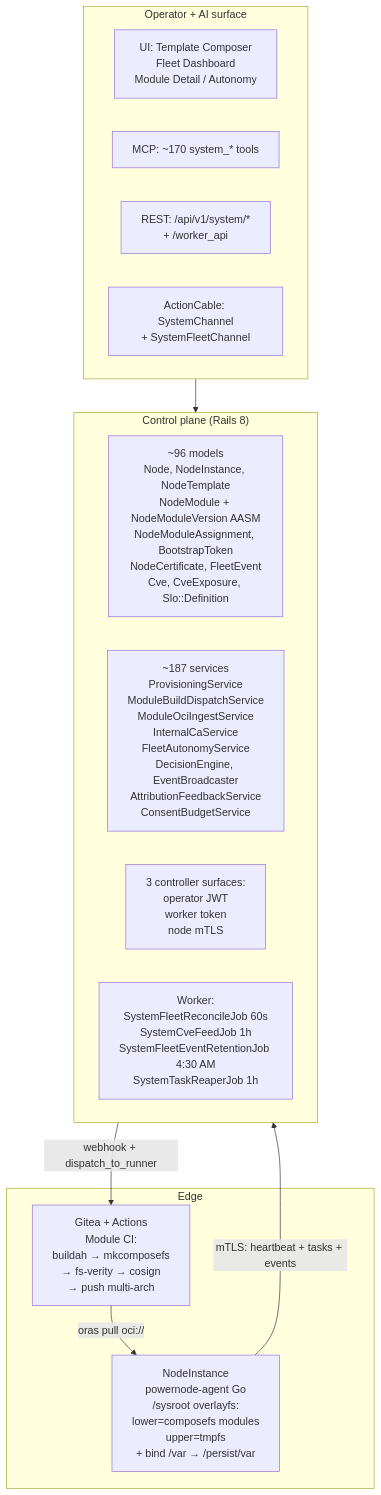
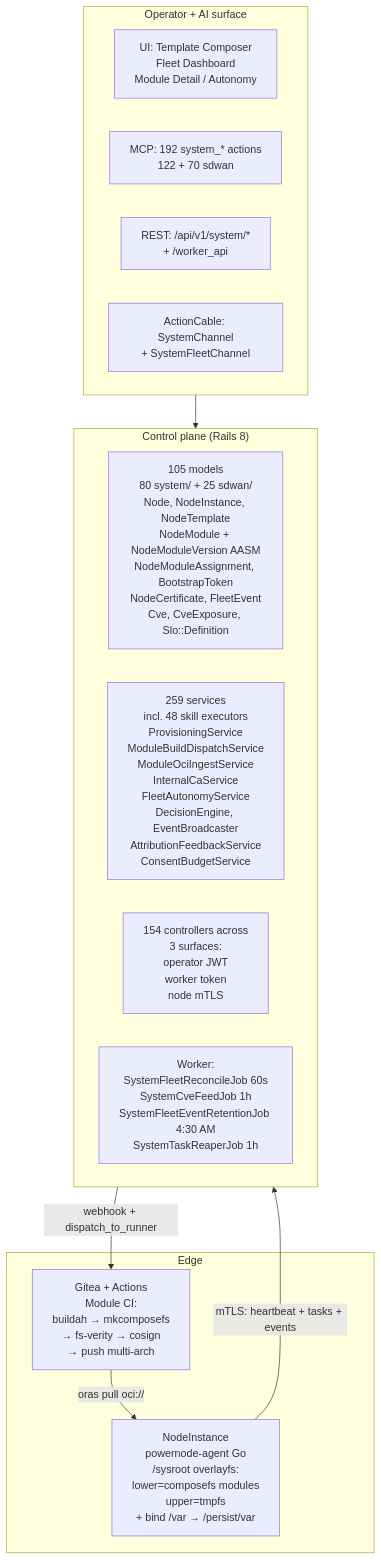
Before and after one commit to nodealchemy/powernode-system: the first of 7 diagrams in docs/ARCHITECTURE.md, drawn with Mermaid. The commit also changed other lines of this file and 63 other files, not shown here.

````diff
--- a/docs/ARCHITECTURE.md
+++ b/docs/ARCHITECTURE.md
@@ -11,26 +24,26 @@
 ```mermaid
 flowchart TB
     subgraph Surface["Operator + AI surface"]
         UI[UI: Template Composer<br/>Fleet Dashboard<br/>Module Detail / Autonomy]
-        MCP[MCP: ~170 system_* tools]
+        MCP[MCP: 192 system_* actions<br/>122 + 70 sdwan]
         REST[REST: /api/v1/system/*<br/>+ /worker_api]
         AC[ActionCable: SystemChannel<br/>+ SystemFleetChannel]
     end
 
     subgraph Control["Control plane (Rails 8)"]
-        Models[~96 models<br/>Node, NodeInstance, NodeTemplate<br/>NodeModule + NodeModuleVersion AASM<br/>NodeModuleAssignment, BootstrapToken<br/>NodeCertificate, FleetEvent<br/>Cve, CveExposure, Slo::Definition]
-        Services[~187 services<br/>ProvisioningService<br/>ModuleBuildDispatchService<br/>ModuleOciIngestService<br/>InternalCaService<br/>FleetAutonomyService<br/>DecisionEngine, EventBroadcaster<br/>AttributionFeedbackService<br/>ConsentBudgetService]
-        Ctrl[3 controller surfaces:<br/>operator JWT<br/>worker token<br/>node mTLS]
+        Models[105 models<br/>80 system/ + 25 sdwan/<br/>Node, NodeInstance, NodeTemplate<br/>NodeModule + NodeModuleVersion AASM<br/>NodeModuleAssignment, BootstrapToken<br/>NodeCertificate, FleetEvent<br/>Cve, CveExposure, Slo::Definition]
+        Services[259 services<br/>incl. 48 skill executors<br/>ProvisioningService<br/>ModuleBuildDispatchService<br/>ModuleOciIngestService<br/>InternalCaService<br/>FleetAutonomyService<br/>DecisionEngine, EventBroadcaster<br/>AttributionFeedbackService<br/>ConsentBudgetService]
+        Ctrl[154 controllers across<br/>3 surfaces:<br/>operator JWT<br/>worker token<br/>node mTLS]
         Worker[Worker:<br/>SystemFleetReconcileJob 60s<br/>SystemCveFeedJob 1h<br/>SystemFleetEventRetentionJob 4:30 AM<br/>SystemTaskReaperJob 1h]
     end
 
     subgraph Edge["Edge"]
         CI[Gitea + Actions<br/>Module CI:<br/>buildah → mkcomposefs<br/>→ fs-verity → cosign<br/>→ push multi-arch]
         Node["NodeInstance<br/>powernode-agent Go<br/>/sysroot overlayfs:<br/>lower=composefs modules<br/>upper=tmpfs<br/>+ bind /var → /persist/var"]
     end
 
     Surface --> Control
     Control -- "webhook + dispatch_to_runner" --> CI
     CI -- "oras pull oci://" --> Node
     Node -- "mTLS: heartbeat + tasks + events" --> Control
 ```
````
